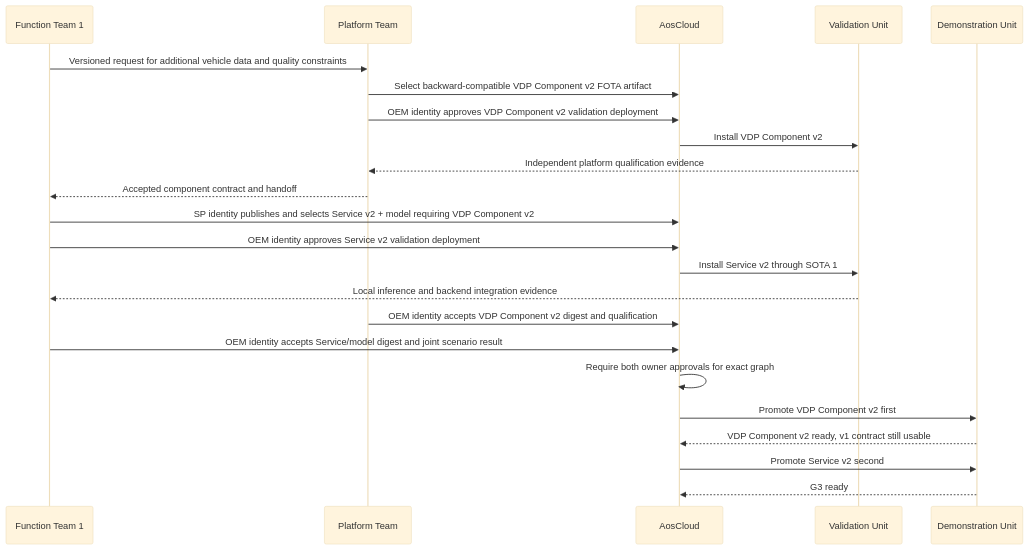
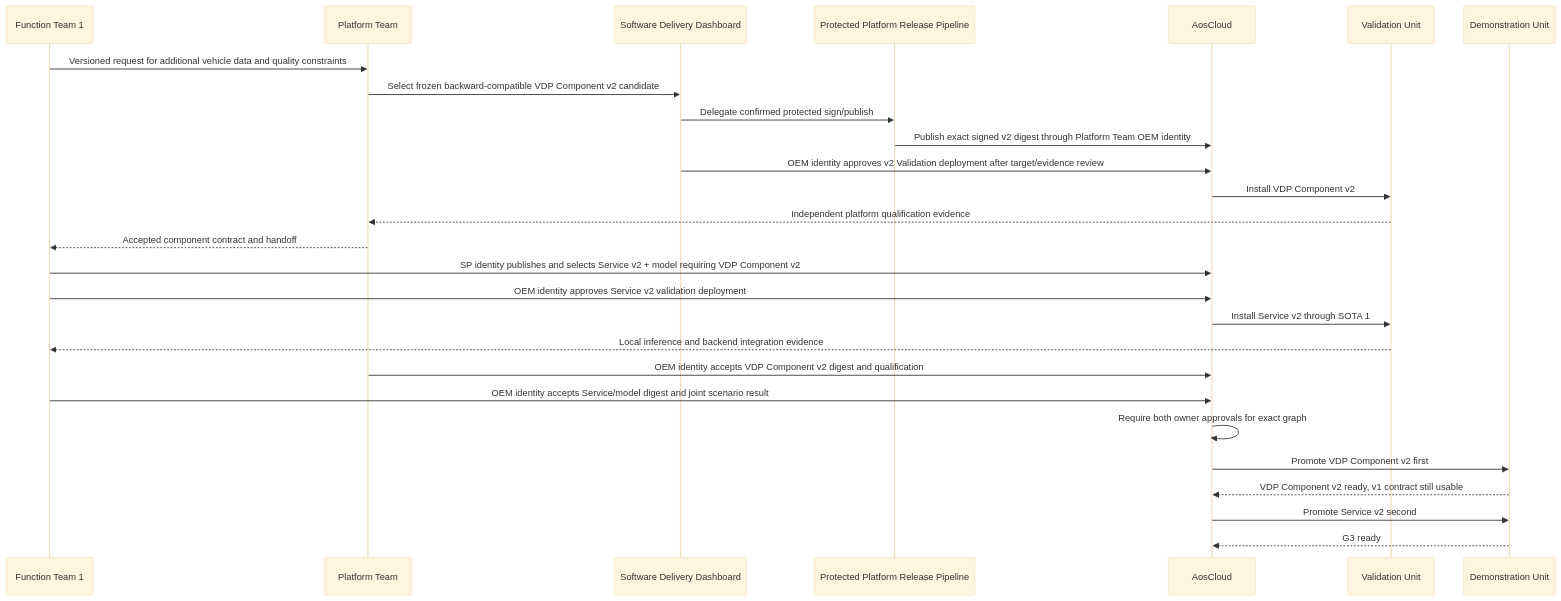
Diagram 12 of 21 in docs/architecture/demo-scenario-architecture-flows.md (alexmaninblack/aosedge-sdv-demo), drawn with Mermaid (base theme) before and after one commit. The commit also changed other lines of this file and 72 other files, not shown here.

Commit message:
docs: checkpoint demo architecture and requirements baseline

````diff
--- a/docs/architecture/demo-scenario-architecture-flows.md
+++ b/docs/architecture/demo-scenario-architecture-flows.md
@@ -683,26 +704,30 @@
 ```mermaid
 sequenceDiagram
     participant FT1 as Function Team 1
     participant PT as Platform Team
+    participant SD as Software Delivery Dashboard
+    participant PP as Protected Platform Release Pipeline
     participant AC as AosCloud
     participant VU as Validation Unit
     participant DU as Demonstration Unit
 
     FT1->>PT: Versioned request for additional vehicle data and quality constraints
-    PT->>AC: Select backward-compatible VDP Component v2 FOTA artifact
-    PT->>AC: OEM identity approves VDP Component v2 validation deployment
+    PT->>SD: Select frozen backward-compatible VDP Component v2 candidate
+    SD->>PP: Delegate confirmed protected sign/publish
+    PP->>AC: Publish exact signed v2 digest through Platform Team OEM identity
+    SD->>AC: OEM identity approves v2 Validation deployment after target/evidence review
     AC->>VU: Install VDP Component v2
     VU-->>PT: Independent platform qualification evidence
     PT-->>FT1: Accepted component contract and handoff
     FT1->>AC: SP identity publishes and selects Service v2 + model requiring VDP Component v2
     FT1->>AC: OEM identity approves Service v2 validation deployment
     AC->>VU: Install Service v2 through SOTA 1
     VU-->>FT1: Local inference and backend integration evidence
     PT->>AC: OEM identity accepts VDP Component v2 digest and qualification
     FT1->>AC: OEM identity accepts Service/model digest and joint scenario result
     AC->>AC: Require both owner approvals for exact graph
     AC->>DU: Promote VDP Component v2 first
     DU-->>AC: VDP Component v2 ready, v1 contract still usable
     AC->>DU: Promote Service v2 second
     DU-->>AC: G3 ready
 ```
````
